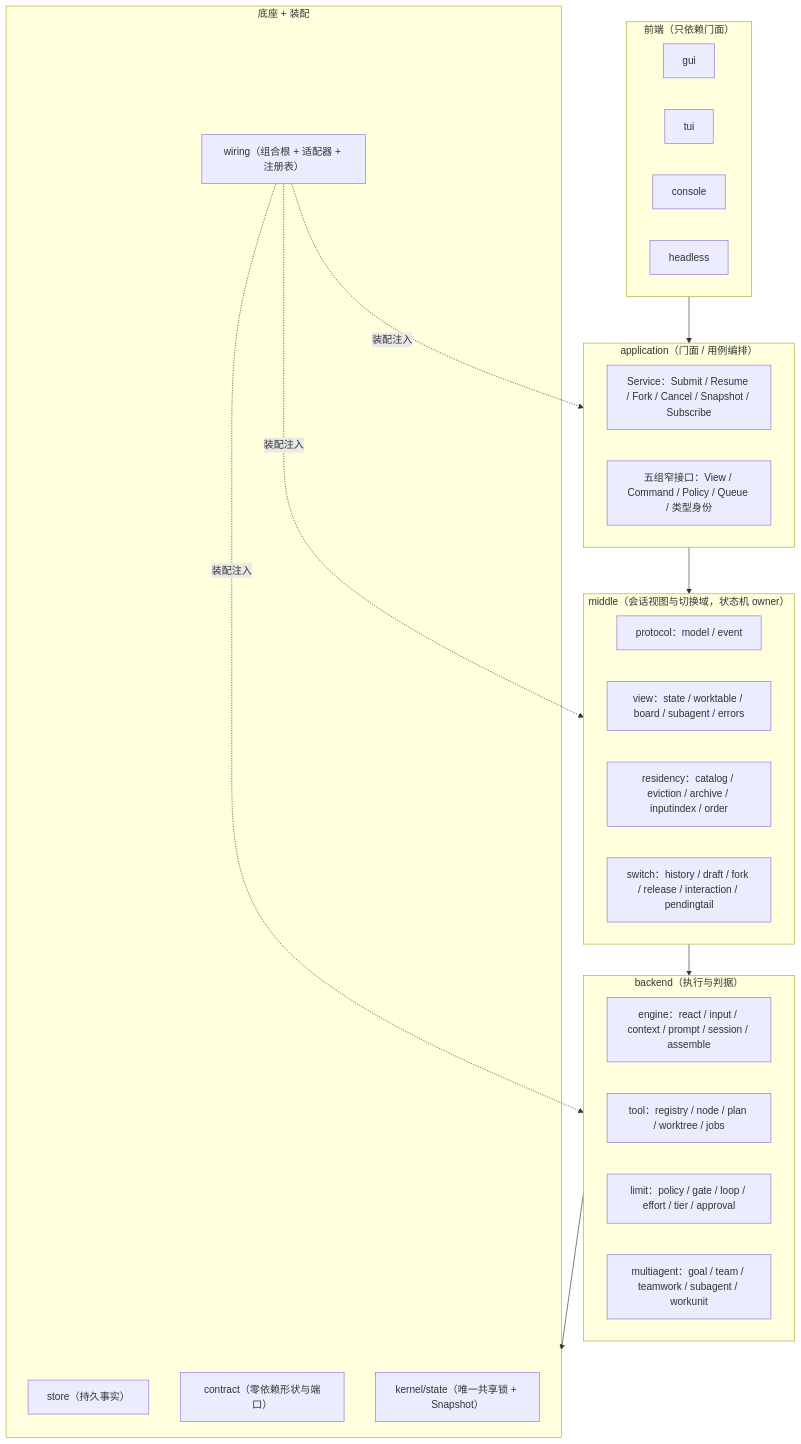
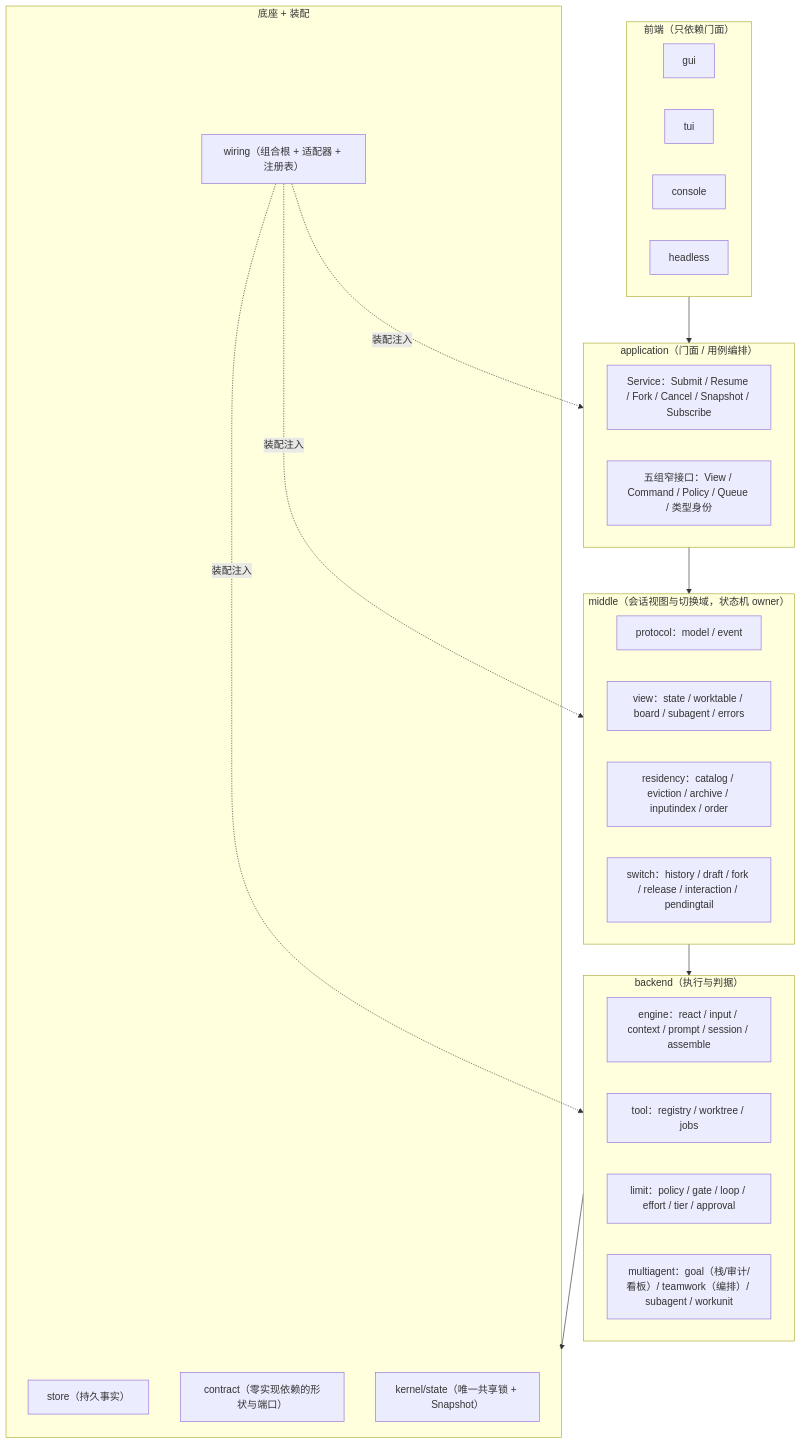
Before and after one commit to RedHuang-0622/seelex: the first of 4 diagrams in docs/2026-10-15-architecture-reshape/handoff-next-session.md, drawn with Mermaid. The commit also changed other lines of this file and 3 other files, not shown here.

````diff
--- a/docs/2026-10-15-architecture-reshape/handoff-next-session.md
+++ b/docs/2026-10-15-architecture-reshape/handoff-next-session.md
@@ -120,43 +119,43 @@
 ```mermaid
 flowchart TB
     subgraph FE["前端（只依赖门面）"]
         GUI["gui"]
         TUI["tui"]
         CON["console"]
         HL["headless"]
     end
 
     subgraph FACADE["application（门面 / 用例编排）"]
         SVC["Service：Submit / Resume / Fork / Cancel / Snapshot / Subscribe"]
         FACES["五组窄接口：View / Command / Policy / Queue / 类型身份"]
     end
 
     subgraph MIDDLE["middle（会话视图与切换域，状态机 owner）"]
         MP["protocol：model / event"]
         MV["view：state / worktable / board / subagent / errors"]
         MR["residency：catalog / eviction / archive / inputindex / order"]
         MS["switch：history / draft / fork / release / interaction / pendingtail"]
     end
 
     subgraph BACKEND["backend（执行与判据）"]
         BE["engine：react / input / context / prompt / session / assemble"]
-        BT["tool：registry / node / plan / worktree / jobs"]
+        BT["tool：registry / worktree / jobs"]
         BL["limit：policy / gate / loop / effort / tier / approval"]
-        BM["multiagent：goal / team / teamwork / subagent / workunit"]
+        BM["multiagent：goal（栈/审计/看板）/ teamwork（编排）/ subagent / workunit"]
     end
 
     subgraph BASE["底座 + 装配"]
         ST["store（持久事实）"]
-        CT["contract（零依赖形状与端口）"]
+        CT["contract（零实现依赖的形状与端口）"]
         KS["kernel/state（唯一共享锁 + Snapshot）"]
         WI["wiring（组合根 + 适配器 + 注册表）"]
     end
 
     FE --> FACADE
     FACADE --> MIDDLE
     MIDDLE --> BACKEND
     BACKEND --> BASE
     WI -.装配注入.-> FACADE
     WI -.装配注入.-> MIDDLE
     WI -.装配注入.-> BACKEND
 ```
````
